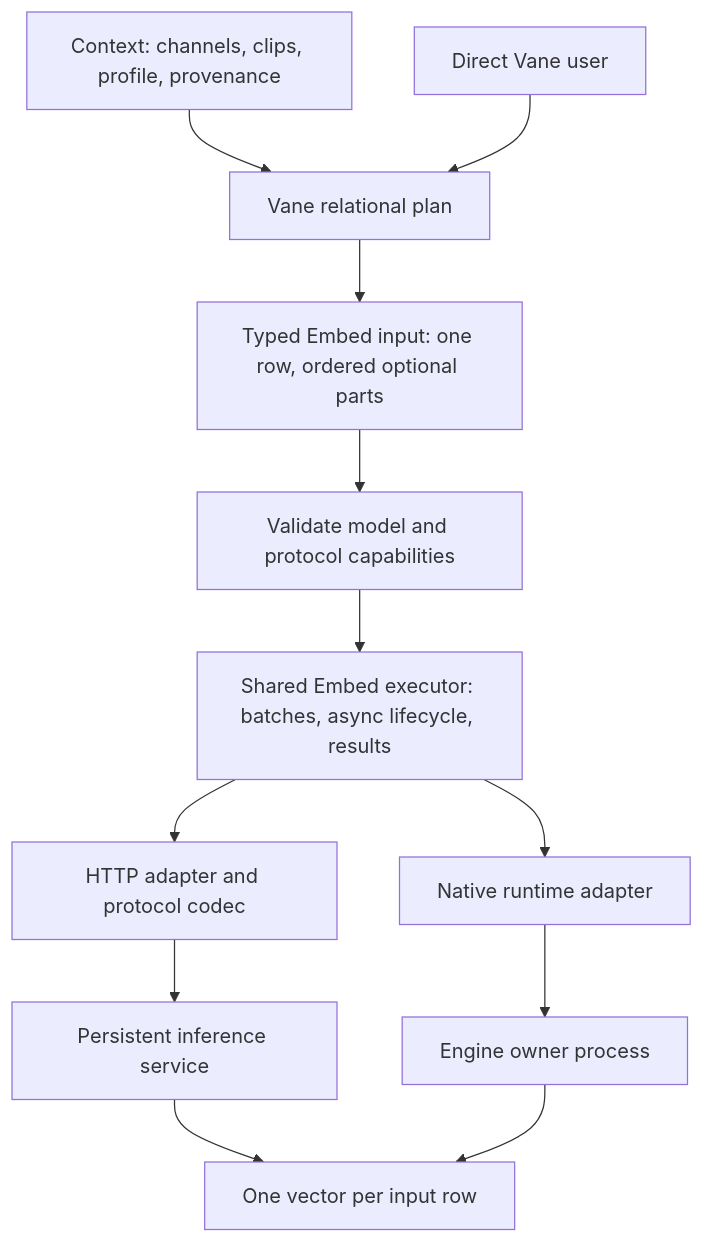
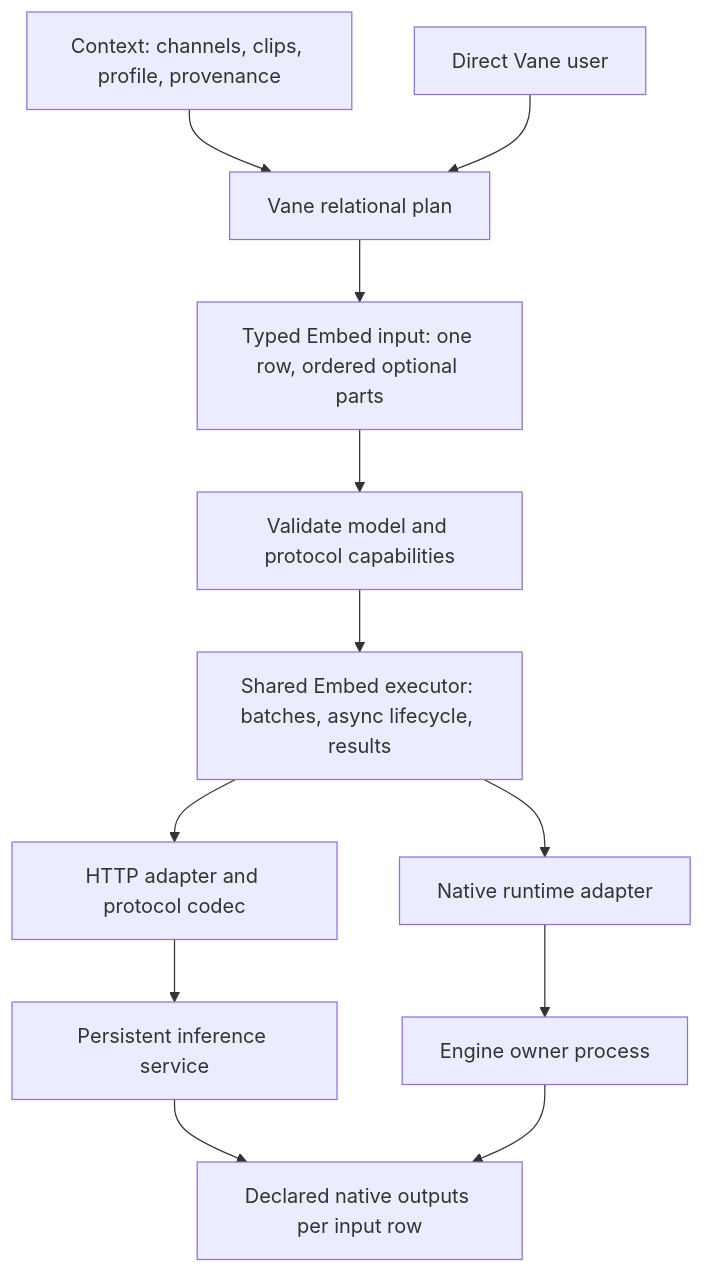
One commit to AstroVela/vane changed the first of 10 diagrams in EMBEDDING_DESIGN.md. Above: the diagram before and after it, drawn with Mermaid. The commit also changed other lines of this file and 9 other files, not shown here.

Commit message:
[feat](ai) Describe and preserve native embedding outputs

````diff
--- a/EMBEDDING_DESIGN.md
+++ b/EMBEDDING_DESIGN.md
@@ -26,14 +26,14 @@
 ```mermaid
 flowchart TD
     C[Context: channels, clips, profile, provenance] --> P[Vane relational plan]
     U[Direct Vane user] --> P
     P --> I[Typed Embed input: one row, ordered optional parts]
     I --> V[Validate model and protocol capabilities]
     V --> E[Shared Embed executor: batches, async lifecycle, results]
     E --> H[HTTP adapter and protocol codec]
     E --> N[Native runtime adapter]
     H --> S[Persistent inference service]
     N --> O[Engine owner process]
-    S --> R[One vector per input row]
+    S --> R[Declared native outputs per input row]
     O --> R
 ```
````
